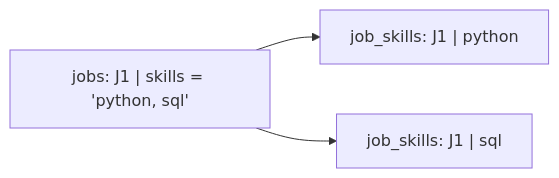
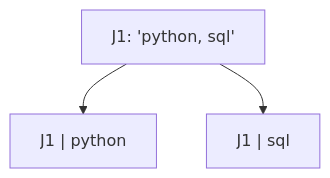
One commit to ht-nah98/ai-academy changed the first of 4 diagrams in academy/curriculum/L08-mo-hinh-hoa-sqlite/lesson.md. Above: the diagram before and after it, drawn with Mermaid. The commit also changed other lines of this file and 54 other files, not shown here.

````diff
--- a/academy/curriculum/L08-mo-hinh-hoa-sqlite/lesson.md
+++ b/academy/curriculum/L08-mo-hinh-hoa-sqlite/lesson.md
@@ -53,5 +53,5 @@
 ```mermaid
-flowchart LR
-    A["jobs: J1 | skills = 'python, sql'"] --> B["job_skills: J1 | python"]
-    A --> C["job_skills: J1 | sql"]
+flowchart TD
+    A["J1: 'python, sql'"] --> B["J1 | python"]
+    A --> C["J1 | sql"]
 ```
````
